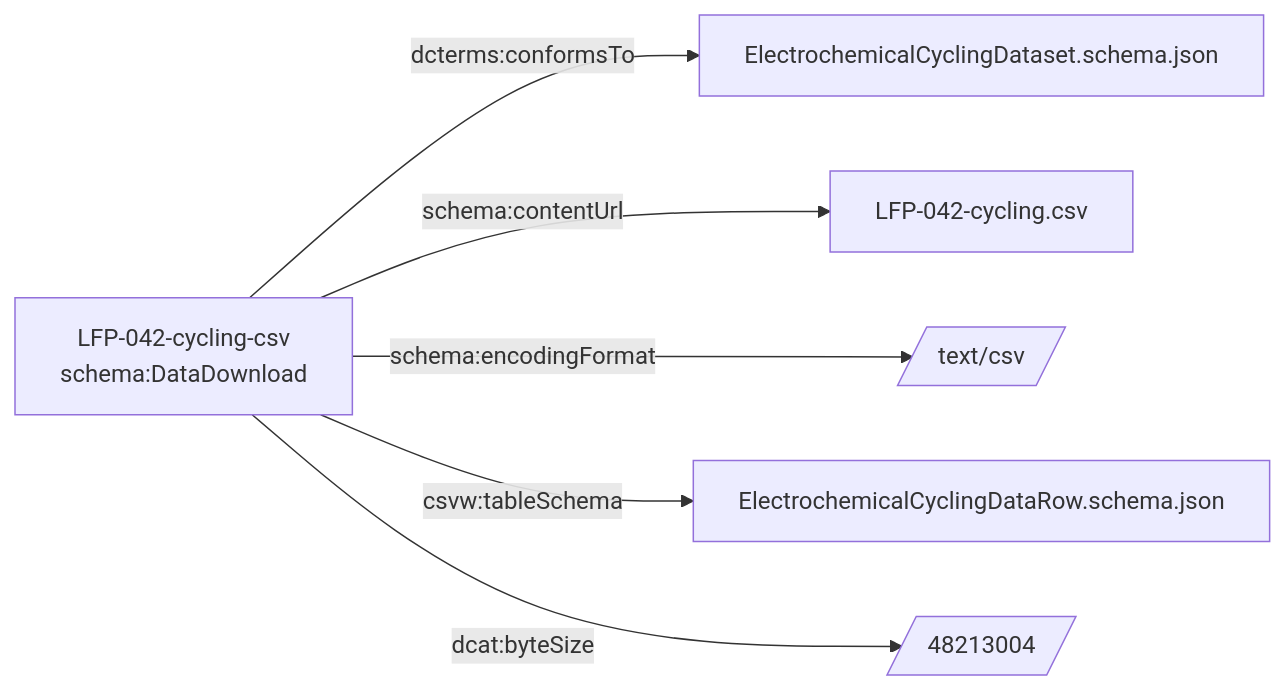
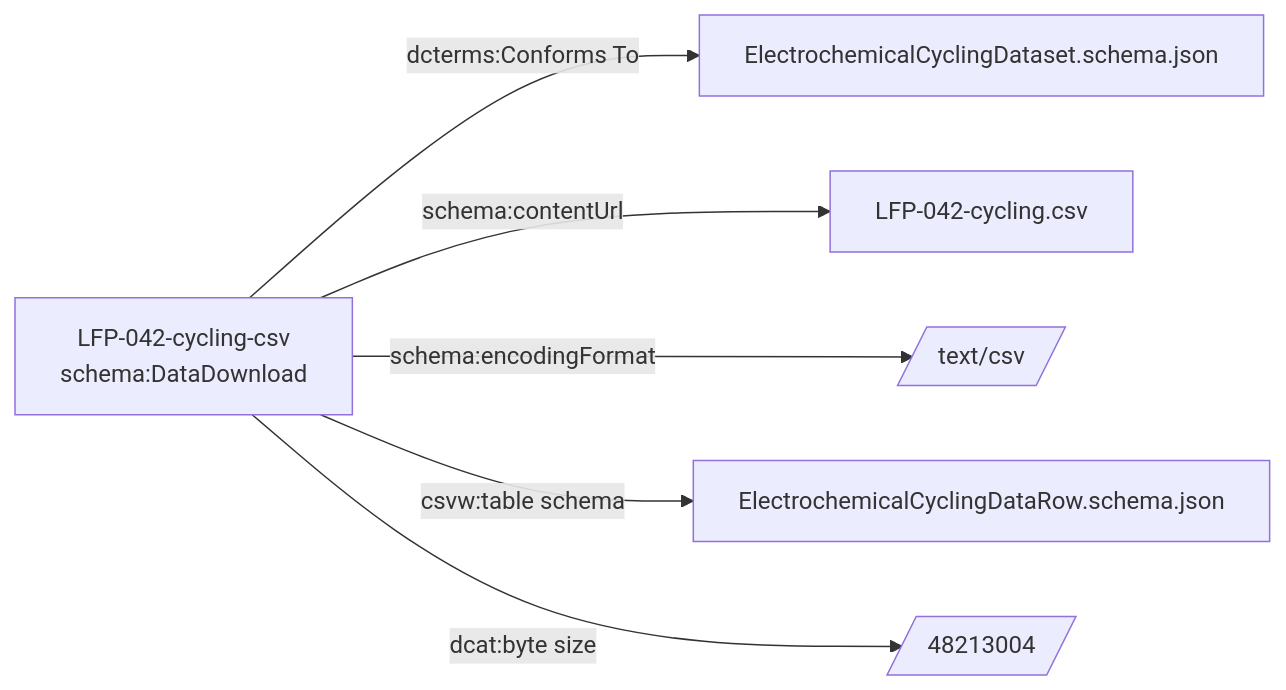
One commit to OO-LD/oold-reference-schemas changed the diagram in generated/datasets/Distribution.schemaorg.mmd. Above: the diagram before and after it, drawn with Mermaid. The commit also changed 15 other files, not shown here.

```diff
--- a/generated/datasets/Distribution.schemaorg.mmd
+++ b/generated/datasets/Distribution.schemaorg.mmd
@@ -1,12 +1,12 @@
 flowchart LR
   n0["LFP-042-cycling-csv<br>schema:DataDownload"]
   n1["ElectrochemicalCyclingDataset.schema.json"]
   n2["LFP-042-cycling.csv"]
   n3[/"text/csv"/]
   n4["ElectrochemicalCyclingDataRow.schema.json"]
   n5[/"48213004"/]
-  n0 -->|dcterms:conformsTo| n1
+  n0 -->|dcterms:Conforms To| n1
   n0 -->|schema:contentUrl| n2
   n0 -->|schema:encodingFormat| n3
-  n0 -->|csvw:tableSchema| n4
-  n0 -->|dcat:byteSize| n5
+  n0 -->|csvw:table schema| n4
+  n0 -->|dcat:byte size| n5
```
